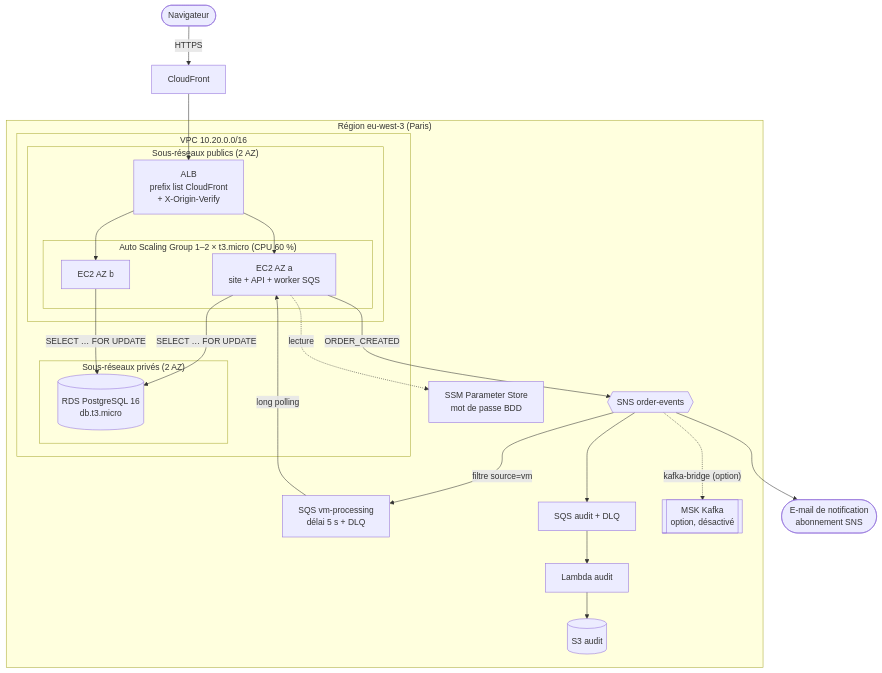
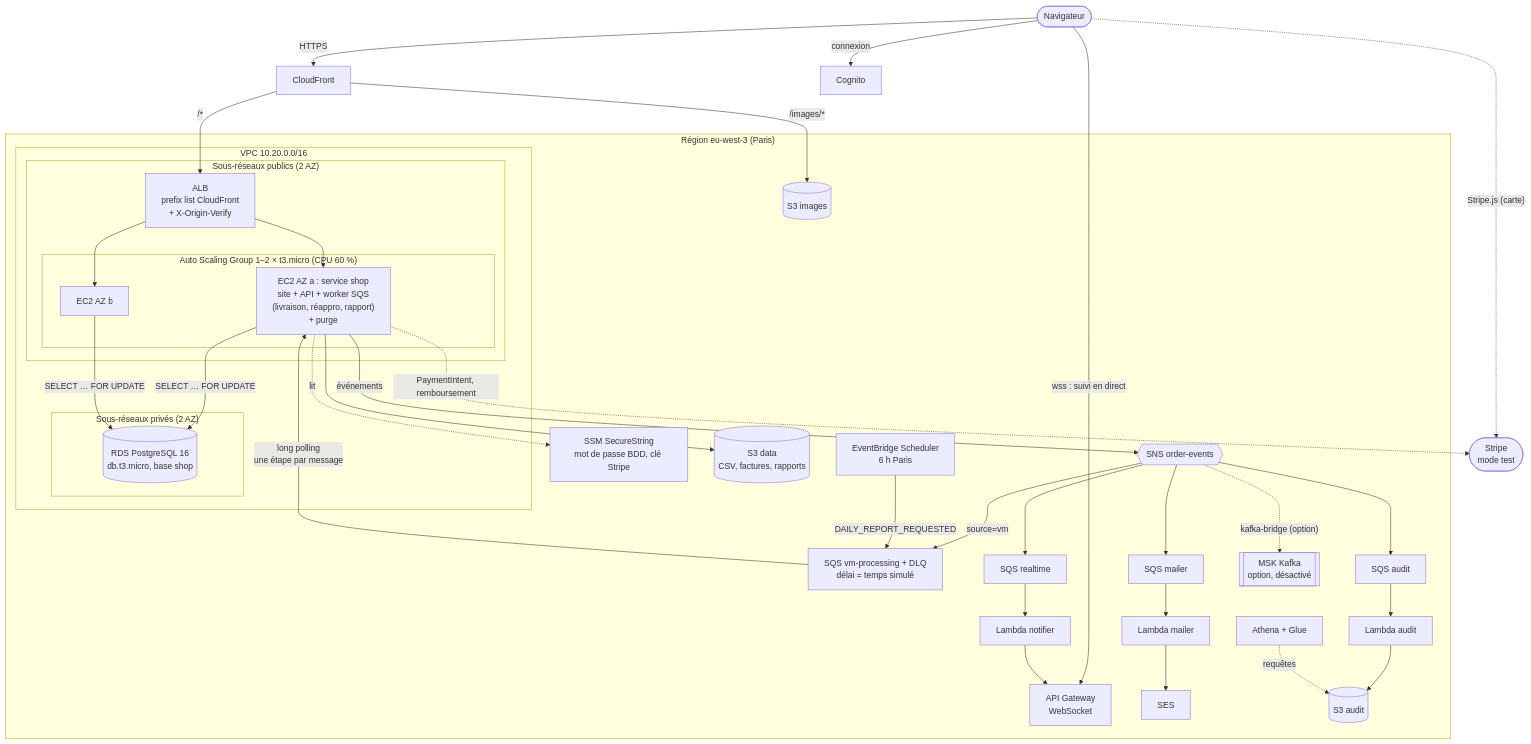
The diagram in docs/architecture/vm.mmd (Baptiste1202/aws_project), drawn with Mermaid before and after one commit. The commit also changed 151 other files, not shown here.

First line of the commit message:
Fonctionnalités complètes des trois solutions : stock, comptes, paiement Stripe, livraison, retours, pilotage, tests et rapport final

```diff
--- a/docs/architecture/vm.mmd
+++ b/docs/architecture/vm.mmd
@@ -1,32 +1,42 @@
 flowchart TB
   user([Navigateur]) -- HTTPS --> cf[CloudFront]
+  user -. "Stripe.js (carte)" .-> stripe([Stripe<br/>mode test])
+  user -- "wss : suivi en direct" --> ws[API Gateway<br/>WebSocket]
+  user -- "connexion" --> cognito[Cognito]
   subgraph region["Région eu-west-3 (Paris)"]
     subgraph vpc["VPC 10.20.0.0/16"]
       subgraph pub["Sous-réseaux publics (2 AZ)"]
         alb[ALB<br/>prefix list CloudFront<br/>+ X-Origin-Verify]
         subgraph asg["Auto Scaling Group 1–2 × t3.micro (CPU 60 %)"]
-          ec2a[EC2 AZ a<br/>site + API + worker SQS]
+          ec2a["EC2 AZ a : service shop<br/>site + API + worker SQS<br/>(livraison, réappro, rapport)<br/>+ purge"]
           ec2b[EC2 AZ b]
         end
       end
       subgraph priv["Sous-réseaux privés (2 AZ)"]
-        rds[(RDS PostgreSQL 16<br/>db.t3.micro)]
+        rds[(RDS PostgreSQL 16<br/>db.t3.micro, base shop)]
       end
     end
-    ssm[SSM Parameter Store<br/>mot de passe BDD]
+    ssm[SSM SecureString<br/>mot de passe BDD, clé Stripe]
     sns{{SNS order-events}}
-    q1[SQS vm-processing<br/>délai 5 s + DLQ]
-    q2[SQS audit + DLQ]
-    aud[Lambda audit]
-    s3audit[(S3 audit)]
+    q1[SQS vm-processing + DLQ<br/>délai = temps simulé]
+    sched[EventBridge Scheduler<br/>6 h Paris]
+    s3data[(S3 data<br/>CSV, factures, rapports)]
+    s3img[(S3 images)]
+    qmail[SQS mailer] --> mailer[Lambda mailer] --> ses[SES]
+    qrt[SQS realtime] --> notif[Lambda notifier] --> ws
+    qaud[SQS audit] --> aud[Lambda audit] --> s3audit[(S3 audit)]
+    athena[Athena + Glue]
     msk[[MSK Kafka<br/>option, désactivé]]
   end
-  mail([E-mail de notification<br/>abonnement SNS])
-  cf --> alb --> ec2a & ec2b
+  cf -- "/*" --> alb --> ec2a & ec2b
+  cf -- "/images/*" --> s3img
   ec2a & ec2b -- "SELECT … FOR UPDATE" --> rds
-  ec2a -. lecture .-> ssm
-  ec2a -- ORDER_CREATED --> sns
-  sns -- "filtre source=vm" --> q1 -- long polling --> ec2a
-  sns --> q2 --> aud --> s3audit
-  sns --> mail
+  ec2a -. lit .-> ssm
+  ec2a -. "PaymentIntent, remboursement" .-> stripe
+  ec2a -- événements --> sns
+  sns -- "source=vm" --> q1 -- "long polling<br/>une étape par message" --> ec2a
+  sched -- "DAILY_REPORT_REQUESTED" --> q1
+  ec2a --> s3data
+  sns --> qmail & qrt & qaud
+  athena -. requêtes .-> s3audit
   sns -. "kafka-bridge (option)" .-> msk
```
